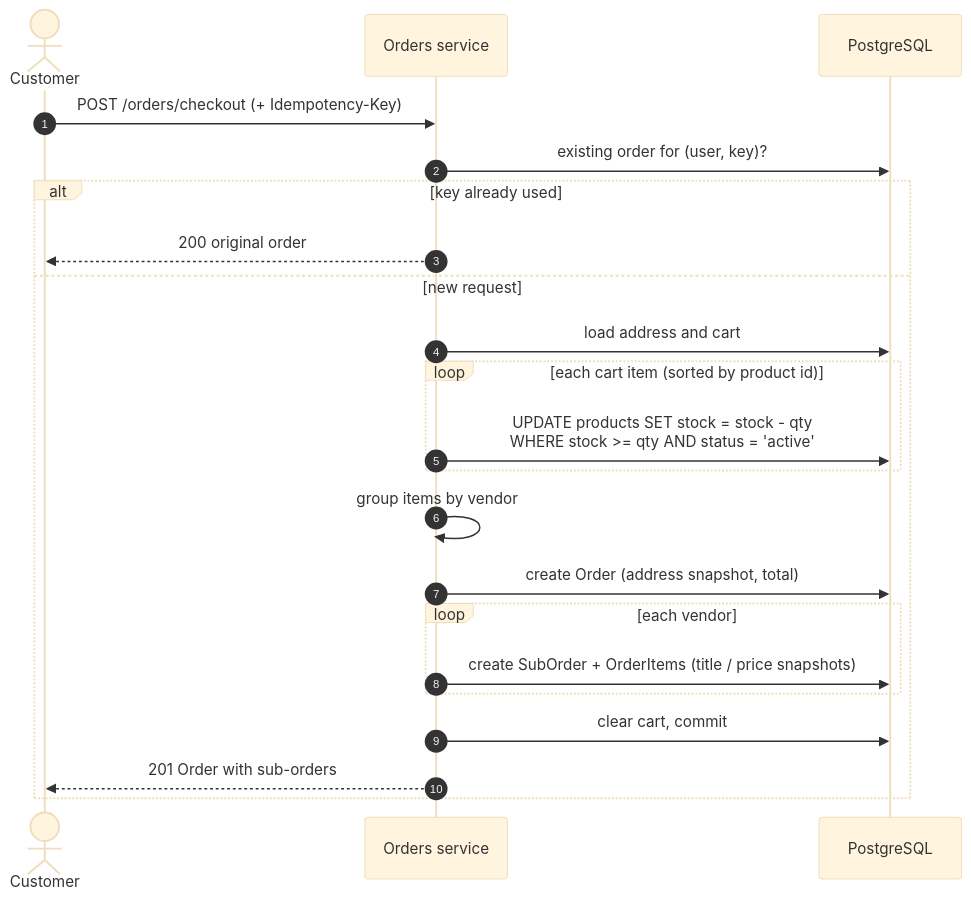
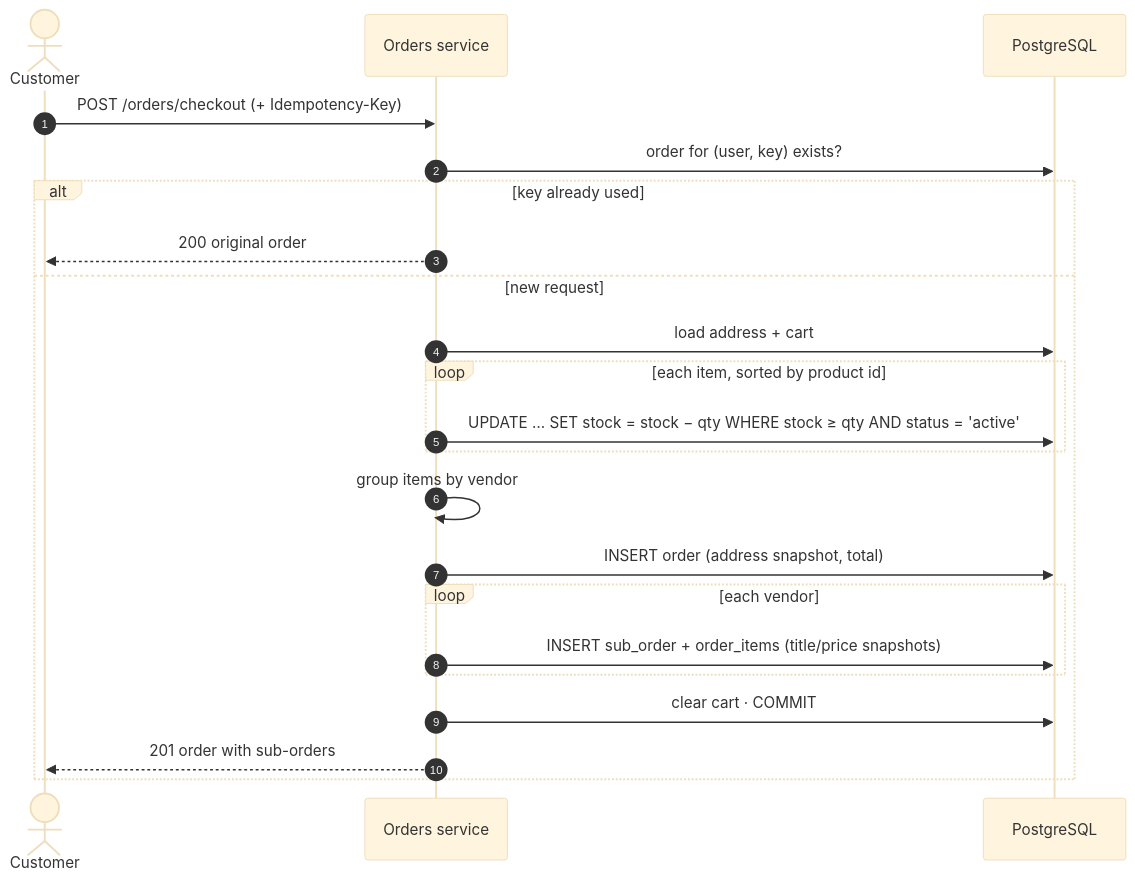
Before and after one commit to SuprabhSharma/Tavilo-eCommerce: the third of 6 diagrams in README.md, drawn with Mermaid (base theme). The commit also changed other lines of this file, not shown here.

````diff
--- a/README.md
+++ b/README.md
@@ -195,25 +154,25 @@
 ```mermaid
 sequenceDiagram
     autonumber
     actor C as Customer
     participant O as Orders service
     participant D as PostgreSQL
 
     C->>O: POST /orders/checkout (+ Idempotency-Key)
-    O->>D: existing order for (user, key)?
+    O->>D: order for (user, key) exists?
     alt key already used
         O-->>C: 200 original order
     else new request
-        O->>D: load address and cart
-        loop each cart item (sorted by product id)
-            O->>D: UPDATE products SET stock = stock - qty<br/>WHERE stock >= qty AND status = 'active'
+        O->>D: load address + cart
+        loop each item, sorted by product id
+            O->>D: UPDATE … SET stock = stock − qty WHERE stock ≥ qty AND status = 'active'
         end
         O->>O: group items by vendor
-        O->>D: create Order (address snapshot, total)
+        O->>D: INSERT order (address snapshot, total)
         loop each vendor
-            O->>D: create SubOrder + OrderItems (title / price snapshots)
+            O->>D: INSERT sub_order + order_items (title/price snapshots)
         end
-        O->>D: clear cart, commit
-        O-->>C: 201 Order with sub-orders
+        O->>D: clear cart · COMMIT
+        O-->>C: 201 order with sub-orders
     end
 ```
````
